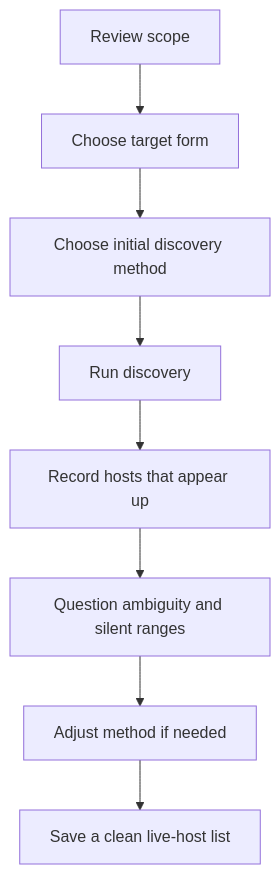
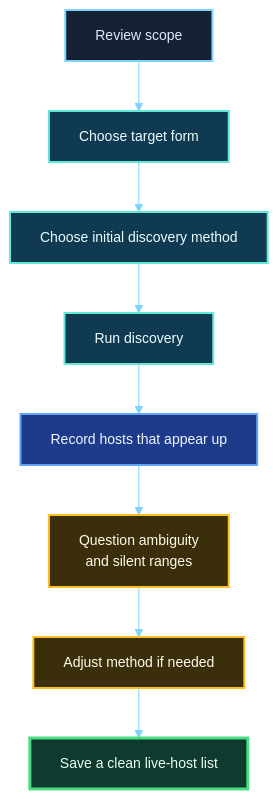
One commit to route2shell/hack-the-basics changed the fourth of 4 diagrams in modules/02-enumeration-using-nmap/lessons/module-02-lesson-2-2-host-discovery-and-target-definition-in-practice.md. Above: the diagram before and after it, drawn with Mermaid. The commit also changed other lines of this file and 9 other files, not shown here.

````diff
--- a/modules/02-enumeration-using-nmap/lessons/module-02-lesson-2-2-host-discovery-and-target-definition-in-practice.md
+++ b/modules/02-enumeration-using-nmap/lessons/module-02-lesson-2-2-host-discovery-and-target-definition-in-practice.md
@@ -645,10 +672,23 @@
 ```mermaid
+%%{init: {"theme":"base","flowchart":{"curve":"basis","htmlLabels":true},"themeVariables":{"fontSize":"14px","primaryTextColor":"#e5eef8","lineColor":"#7dd3fc","primaryColor":"#0f172a","clusterBkg":"#0b1220","clusterBorder":"#334155"}}}%%
 flowchart TD
-    A[Review scope] --> B[Choose target form]
-    B --> C[Choose initial discovery method]
-    C --> D[Run discovery]
-    D --> E[Record hosts that appear up]
-    E --> F[Question ambiguity and silent ranges]
-    F --> G[Adjust method if needed]
-    G --> H[Save a clean live-host list]
+    A["Review scope"] --> B["Choose target form"]
+    B --> C["Choose initial discovery method"]
+    C --> D["Run discovery"]
+    D --> E["Record hosts that appear up"]
+    E --> F["Question ambiguity<br/>and silent ranges"]
+    F --> G["Adjust method if needed"]
+    G --> H["Save a clean live-host list"]
+
+    classDef foundation fill:#162033,stroke:#7dd3fc,color:#dbeafe,stroke-width:2px;
+    classDef action fill:#0f3a52,stroke:#5eead4,color:#ecfeff,stroke-width:2px;
+    classDef evidence fill:#1e3a8a,stroke:#60a5fa,color:#eff6ff,stroke-width:2px;
+    classDef decision fill:#3b2f0b,stroke:#fbbf24,color:#fffbeb,stroke-width:2px;
+    classDef artifact fill:#0f3a2f,stroke:#4ade80,color:#ecfdf5,stroke-width:3px;
+
+    class A foundation;
+    class B,C,D action;
+    class E evidence;
+    class F,G decision;
+    class H artifact;
 ```
````
